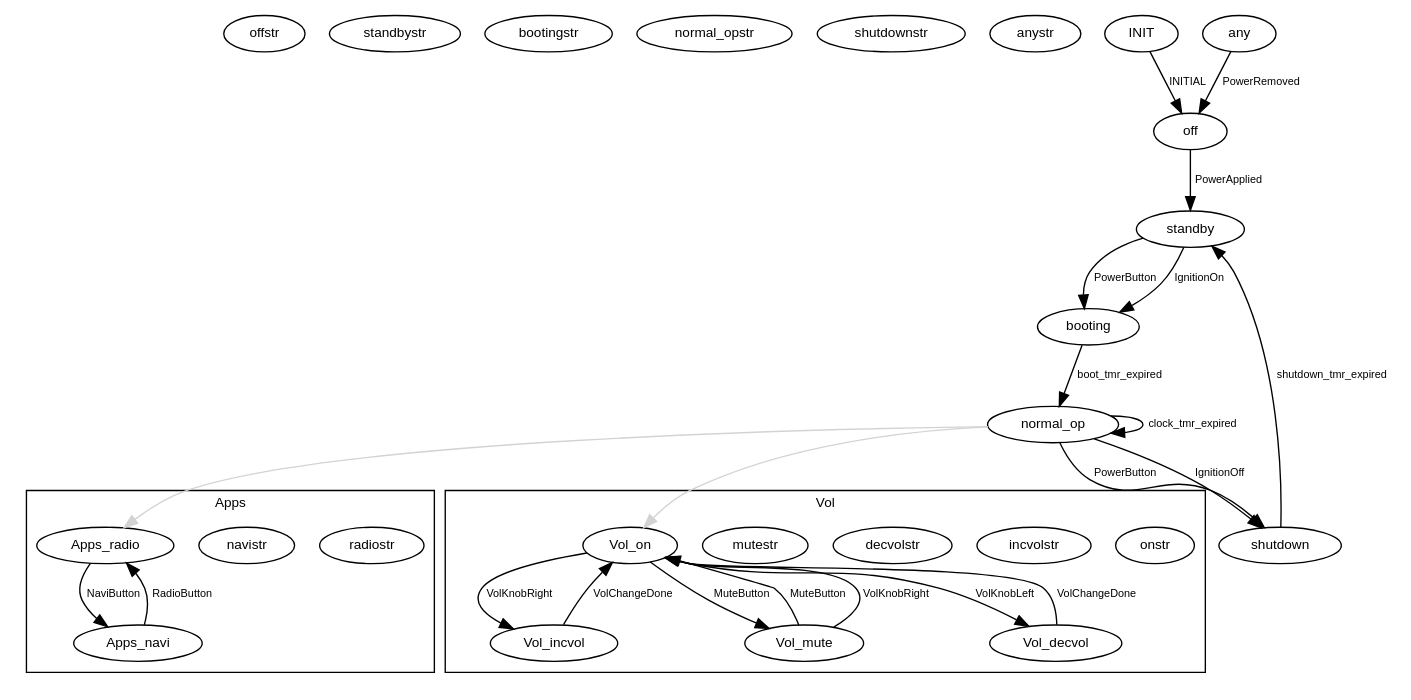
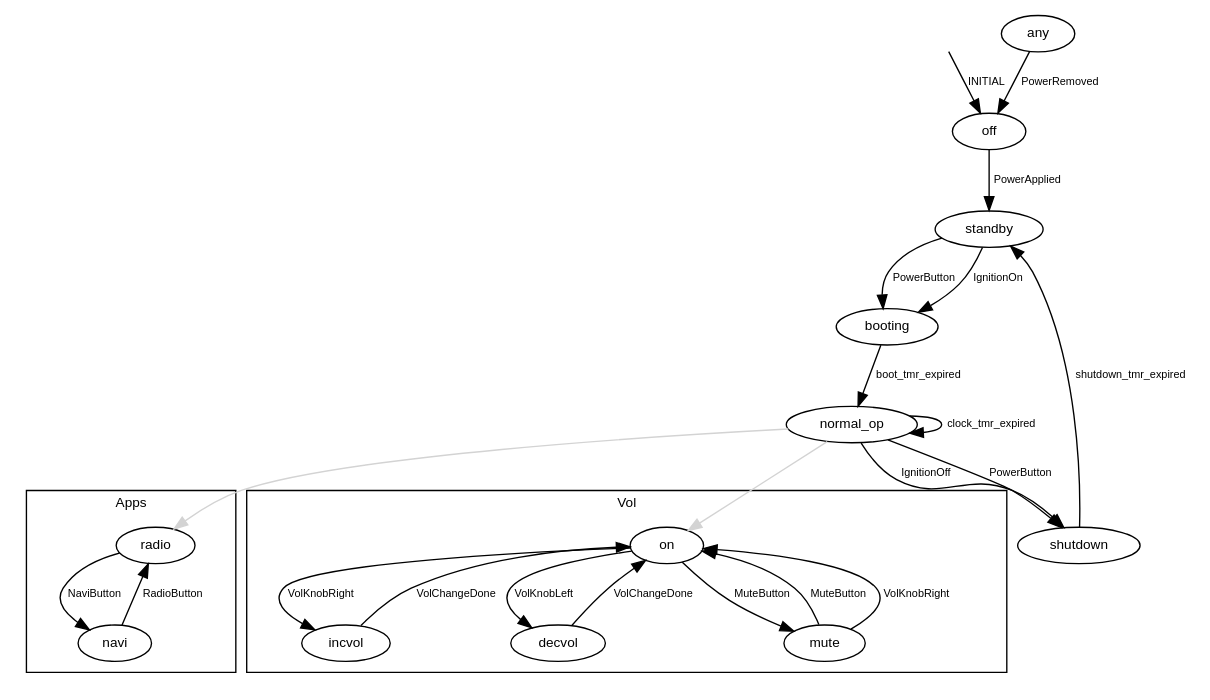
The diagram in docs/tutorials/code/output/3_carinfo_fsm.svg.gv (KlausPopp/Moddy), drawn with Graphviz before and after one commit. The commit also changed 3 other files, not shown here.

```diff
--- a/docs/tutorials/code/output/3_carinfo_fsm.svg.gv
+++ b/docs/tutorials/code/output/3_carinfo_fsm.svg.gv
@@ -1,46 +1,46 @@
 digraph G {
    rankdir=TB;
    graph [fontname = "helvetica" fontsize=10 fontnodesep=0.1];
    node [fontname = "helvetica" fontsize=10 shape=ellipse color=black height=.1];
    edge [fontname = "helvetica" color=black fontsize=8 fontcolor=black];
-   INITstr [style=invisible];
-   offstr [label=offstr];
-   standbystr [label=standbystr];
-   bootingstr [label=bootingstr];
-   normal_opstr [label=normal_opstr];
-   shutdownstr [label=shutdownstr];
-   anystr [label=anystr];
+   INIT [style=invisible];
+   off [label=off];
+   standby [label=standby];
+   booting [label=booting];
+   normal_op [label=normal_op];
+   shutdown [label=shutdown];
+   any [label=any];
    INIT -> off [label="INITIAL"];
    off -> standby [label="PowerApplied"];
    standby -> booting [label="PowerButton"];
    standby -> booting [label="IgnitionOn"];
    booting -> normal_op [label="boot_tmr_expired"];
    subgraph cluster_Apps {  
       label="Apps";
-      Apps_radiostr [label=radiostr];
-      Apps_navistr [label=navistr];
+      Apps_radio [label=radio];
+      Apps_navi [label=navi];
       Apps_radio -> Apps_navi [label="NaviButton"];
       Apps_navi -> Apps_radio [label="RadioButton"];
    }
    normal_op -> Apps_radio [color=lightgrey];
    subgraph cluster_Vol {  
       label="Vol";
-      Vol_onstr [label=onstr];
-      Vol_incvolstr [label=incvolstr];
-      Vol_decvolstr [label=decvolstr];
-      Vol_mutestr [label=mutestr];
+      Vol_on [label=on];
+      Vol_incvol [label=incvol];
+      Vol_decvol [label=decvol];
+      Vol_mute [label=mute];
       Vol_on -> Vol_mute [label="MuteButton"];
       Vol_on -> Vol_incvol [label="VolKnobRight"];
       Vol_on -> Vol_decvol [label="VolKnobLeft"];
       Vol_incvol -> Vol_on [label="VolChangeDone"];
       Vol_decvol -> Vol_on [label="VolChangeDone"];
       Vol_mute -> Vol_on [label="MuteButton"];
       Vol_mute -> Vol_on [label="VolKnobRight"];
    }
    normal_op -> Vol_on [color=lightgrey];
    normal_op -> shutdown [label="PowerButton"];
    normal_op -> shutdown [label="IgnitionOff"];
    normal_op -> normal_op [label="clock_tmr_expired"];
    shutdown -> standby [label="shutdown_tmr_expired"];
    any -> off [label="PowerRemoved"];
 }
```
